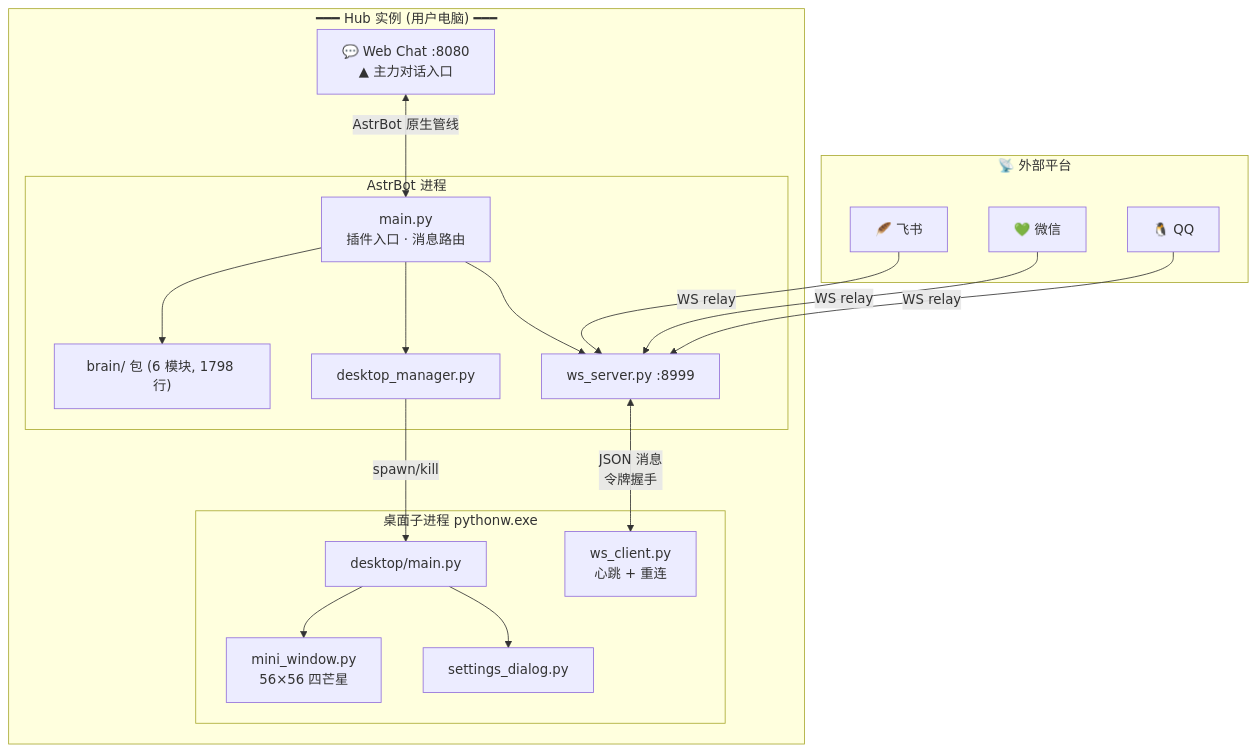
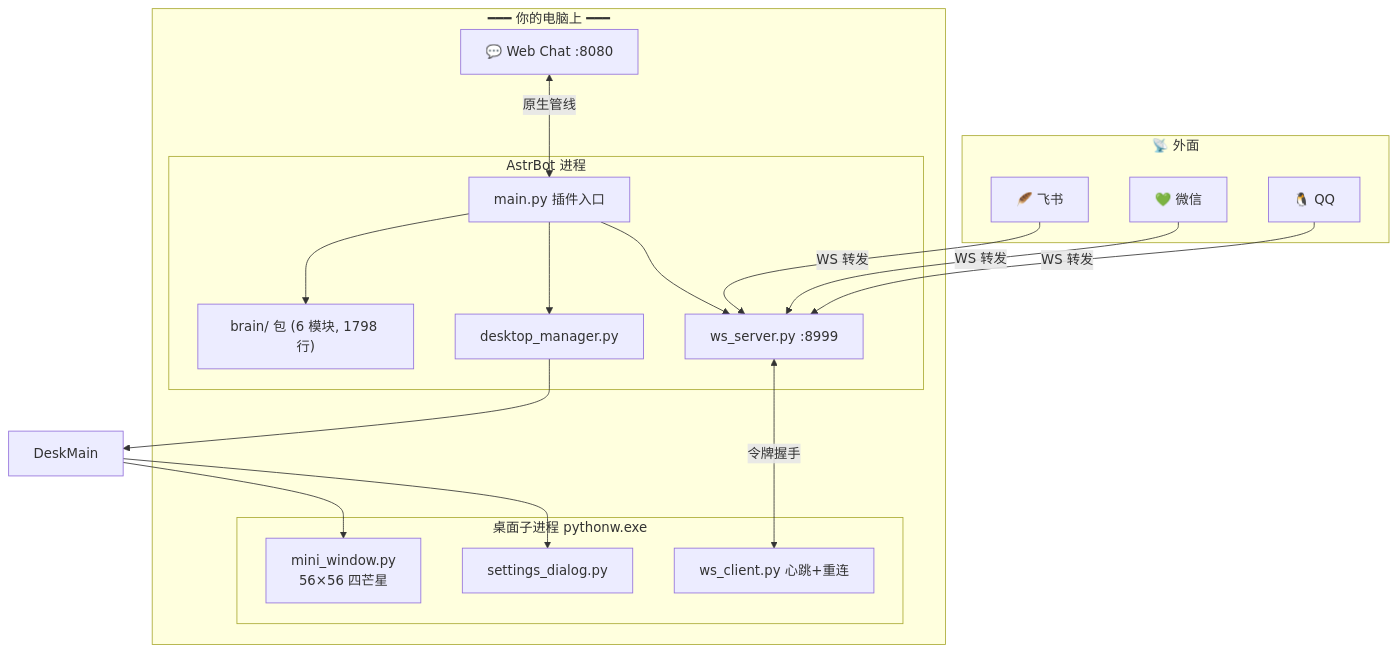
Before and after one commit to yuanchu114514-spec/nexus-brain: the second of 2 diagrams in README.md, drawn with Mermaid. The commit also changed other lines of this file, not shown here.

Commit message:
README: 安绪 → AstrBot，去角色名通用化

````diff
--- a/README.md
+++ b/README.md
@@ -76,40 +66,39 @@
 ```mermaid
 flowchart TB
-    subgraph HubBox["━━━ Hub 实例 (用户电脑) ━━━"]
+    subgraph HubBox["━━━ 你的电脑上 ━━━"]
         subgraph AstrBot["AstrBot 进程"]
-            Main["main.py<br/>插件入口 · 消息路由"]
+            Main["main.py 插件入口"]
             BrainPkg["brain/ 包 (6 模块, 1798 行)"]
             WSSrv["ws_server.py :8999"]
             DeskMgr["desktop_manager.py"]
         end
 
         subgraph PyQt5["桌面子进程 pythonw.exe"]
-            DeskMain["desktop/main.py"]
             MiniWin["mini_window.py<br/>56×56 四芒星"]
             SettingsDlg["settings_dialog.py"]
-            WSClient["ws_client.py<br/>心跳 + 重连"]
+            WSClient["ws_client.py 心跳+重连"]
         end
 
-        WebChat["💬 Web Chat :8080<br/>▲ 主力对话入口"]
+        WebChat["💬 Web Chat :8080"]
     end
 
-    subgraph Outside["📡 外部平台"]
+    subgraph Outside["📡 外面"]
         QPlatform["🐧 QQ"]
         WPlatform["💚 微信"]
         FPlatform["🪶 飞书"]
     end
 
-    WebChat <-->|"AstrBot 原生管线"| Main
-    QPlatform -->|"WS relay"| WSSrv
-    WPlatform -->|"WS relay"| WSSrv
-    FPlatform -->|"WS relay"| WSSrv
+    WebChat <-->|"原生管线"| Main
+    QPlatform -->|"WS 转发"| WSSrv
+    WPlatform -->|"WS 转发"| WSSrv
+    FPlatform -->|"WS 转发"| WSSrv
 
     Main --> BrainPkg
     Main --> WSSrv
     Main --> DeskMgr
 
-    WSSrv <-->|"JSON 消息<br/>令牌握手"| WSClient
-    DeskMgr -->|"spawn/kill"| DeskMain
+    WSSrv <-->|"令牌握手"| WSClient
+    DeskMgr --> DeskMain
     DeskMain --> MiniWin
     DeskMain --> SettingsDlg
 ```
````
